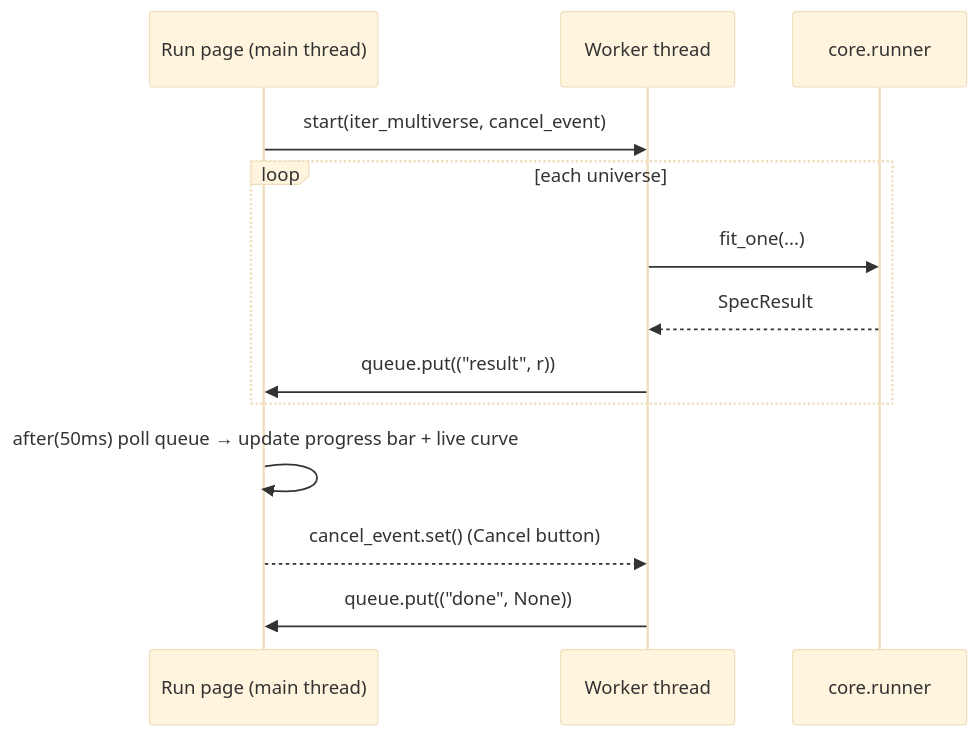
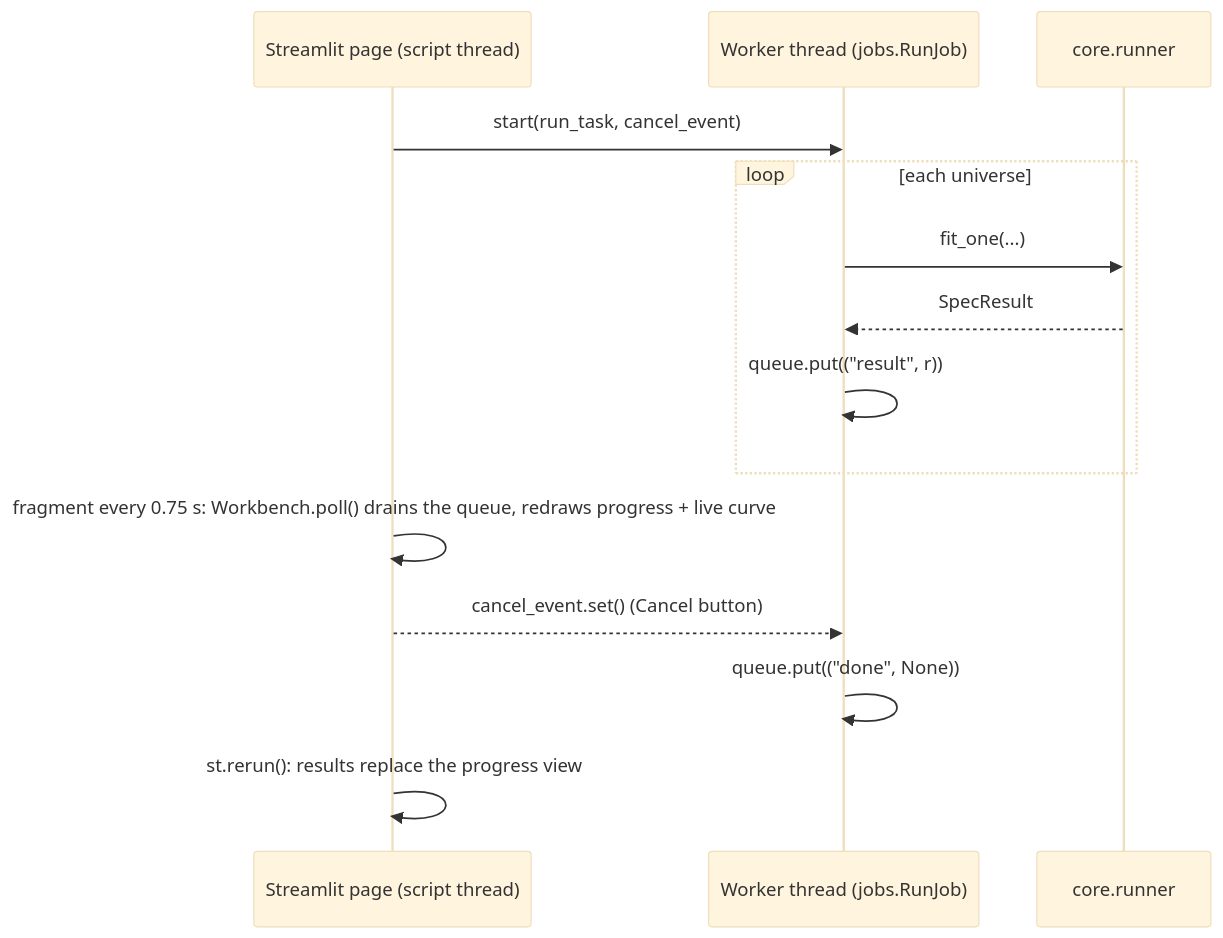
Before and after one commit to omargh007/multiverse-studio: the second of 2 diagrams in docs/architecture.md, drawn with Mermaid (base theme). The commit also changed other lines of this file and 39 other files, not shown here.

````diff
--- a/docs/architecture.md
+++ b/docs/architecture.md
@@ -81,15 +87,16 @@
 ```mermaid
 sequenceDiagram
-    participant UI as Run page (main thread)
-    participant W as Worker thread
+    participant UI as Streamlit page (script thread)
+    participant W as Worker thread (jobs.RunJob)
     participant C as core.runner
-    UI->>W: start(iter_multiverse, cancel_event)
+    UI->>W: start(run_task, cancel_event)
     loop each universe
         W->>C: fit_one(...)
         C-->>W: SpecResult
-        W->>UI: queue.put(("result", r))
+        W->>W: queue.put(("result", r))
     end
-    UI->>UI: after(50ms) poll queue → update progress bar + live curve
+    UI->>UI: fragment every 0.75 s: Workbench.poll() drains the queue, redraws progress + live curve
     UI-->>W: cancel_event.set() (Cancel button)
-    W->>UI: queue.put(("done", None))
+    W->>W: queue.put(("done", None))
+    UI->>UI: st.rerun(): results replace the progress view
 ```
````
